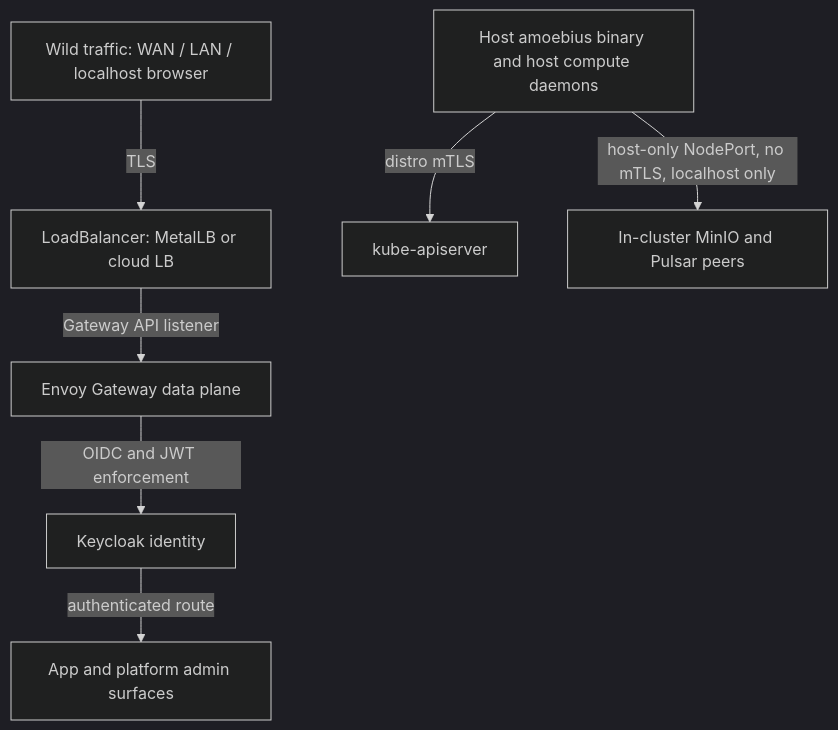
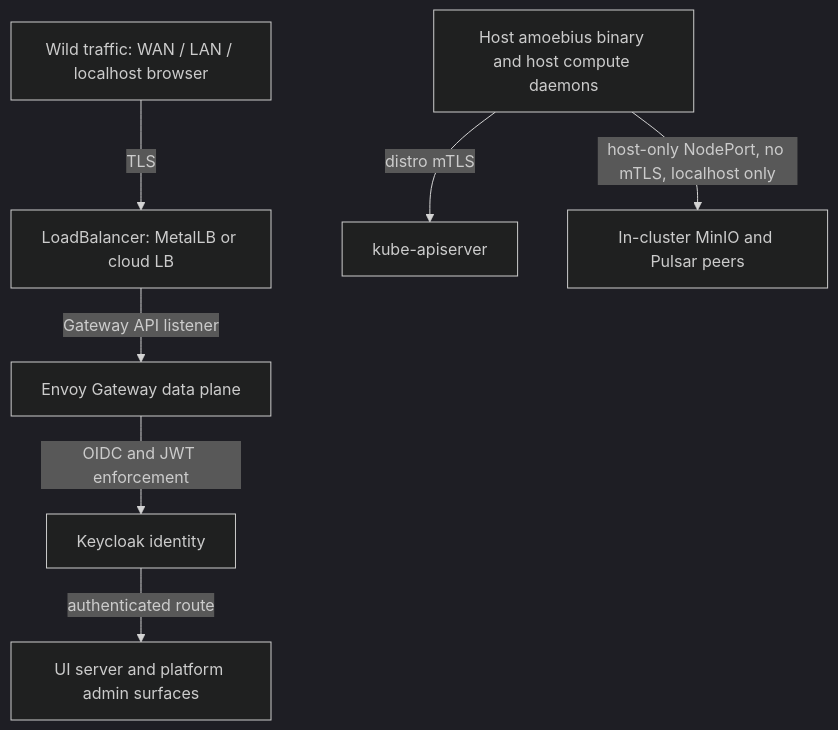
One commit to Tuee22/amoebius changed the first of 2 diagrams in documents/engineering/platform_services_doctrine.md. Above: the diagram before and after it, drawn with Mermaid (dark theme). The commit also changed other lines of this file and 144 other files, not shown here.

````diff
--- a/documents/engineering/platform_services_doctrine.md
+++ b/documents/engineering/platform_services_doctrine.md
@@ -299,9 +327,9 @@
 ```mermaid
 flowchart TD
   wild[Wild traffic: WAN / LAN / localhost browser] -->|TLS| lb[LoadBalancer: MetalLB or cloud LB]
   lb -->|Gateway API listener| envoy[Envoy Gateway data plane]
   envoy -->|OIDC and JWT enforcement| kc[Keycloak identity]
-  kc -->|authenticated route| app[App and platform admin surfaces]
+  kc -->|authenticated route| app[UI server and platform admin surfaces]
   host[Host amoebius binary and host compute daemons] -->|distro mTLS| api[kube-apiserver]
   host -->|host-only NodePort, no mTLS, localhost only| peers[In-cluster MinIO and Pulsar peers]
 ```
````
